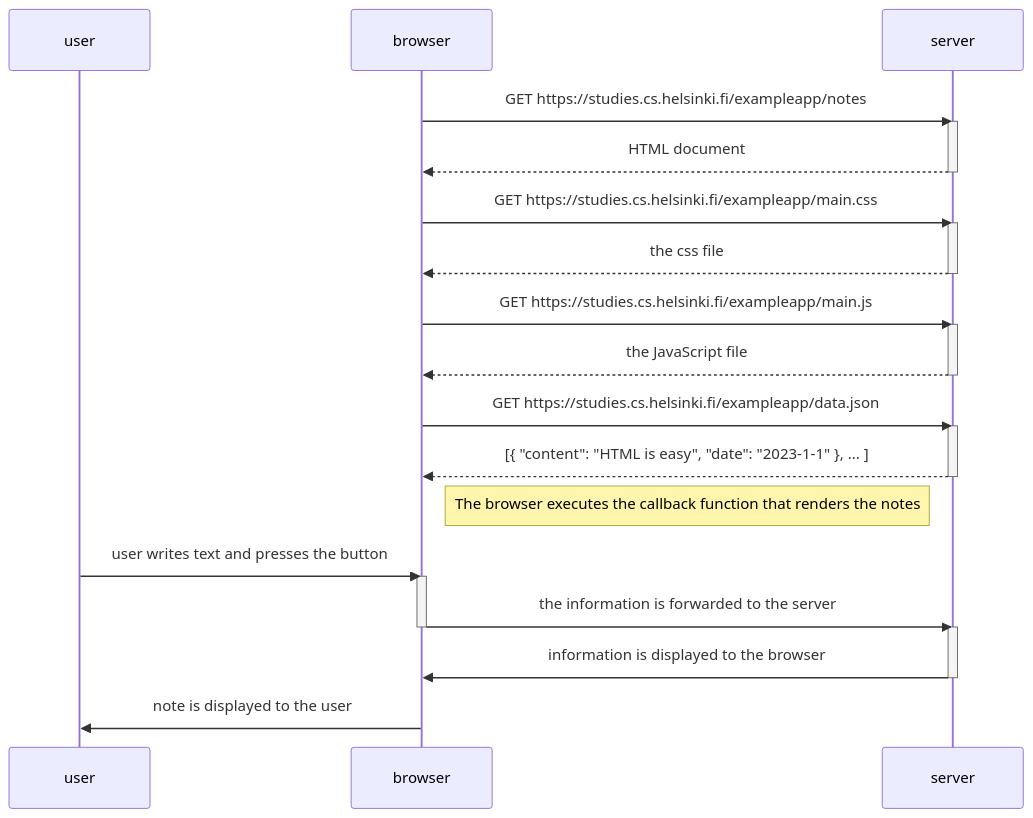
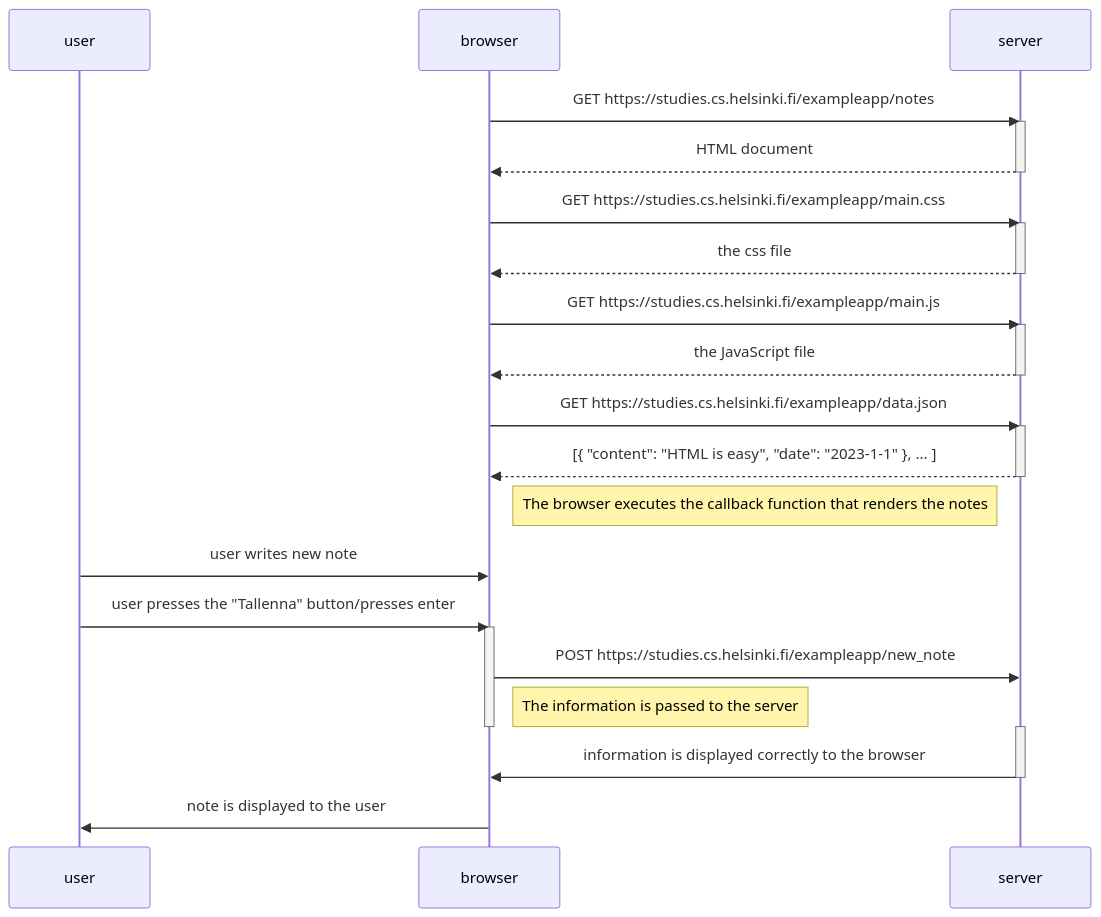
The diagram in osa0/tehtävä4.md (leonasihvonen/FULLSTACK), drawn with Mermaid before and after one commit.

Commit message:
hiotaan loppua

````diff
--- a/osa0/tehtävä4.md
+++ b/osa0/tehtävä4.md
@@ -1,37 +1,41 @@
 ```mermaid
 sequenceDiagram
     participant user
     participant browser
     participant server
     
     browser->>server: GET https://studies.cs.helsinki.fi/exampleapp/notes
     activate server
     server-->>browser: HTML document
     deactivate server
     
     browser->>server: GET https://studies.cs.helsinki.fi/exampleapp/main.css
     activate server
     server-->>browser: the css file
     deactivate server
     
     browser->>server: GET https://studies.cs.helsinki.fi/exampleapp/main.js
     activate server
     server-->>browser: the JavaScript file
     deactivate server
     
     browser->>server: GET https://studies.cs.helsinki.fi/exampleapp/data.json
     activate server
     server-->>browser: [{ "content": "HTML is easy", "date": "2023-1-1" }, ... ]
     deactivate server    
 
     Note right of browser: The browser executes the callback function that renders the notes 
 
-    user->>browser: user writes text and presses the button
+    user->>browser: user writes new note
+    user->>browser: user presses the "Tallenna" button/presses enter
     activate browser
-    browser->>server: the information is forwarded to the server
+    browser->>server: POST https://studies.cs.helsinki.fi/exampleapp/new_note
+
+    Note right of browser: The information is passed to the server
+
     deactivate browser
     activate server
-    server->>browser: information is displayed to the browser
+    server->>browser: information is displayed correctly to the browser
     deactivate server
     browser->>user: note is displayed to the user
 ```
````
